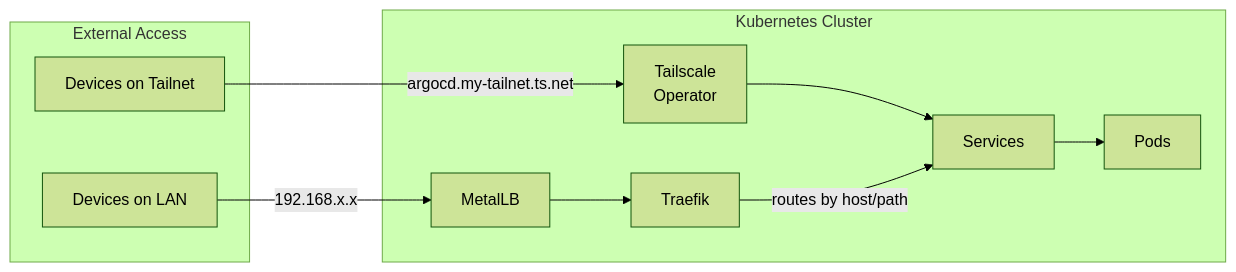
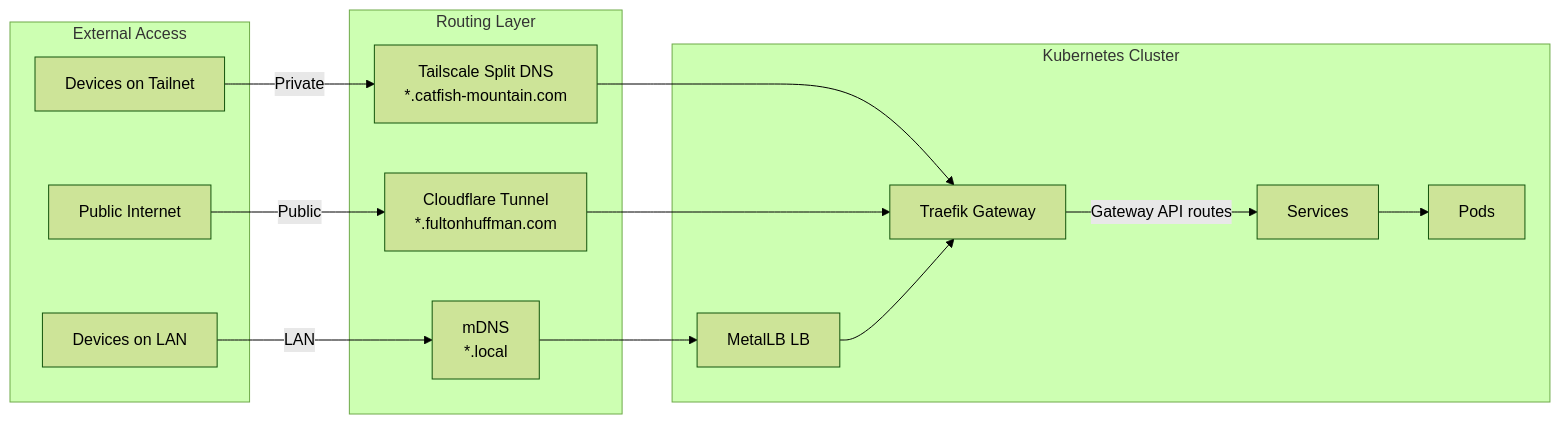
One commit to bafulton/homelab changed the first of 2 diagrams in kubernetes/infra/README.md. Above: the diagram before and after it, drawn with Mermaid (forest theme). The commit also changed other lines of this file and 12 other files, not shown here.

First line of the commit message:
Docs: move to Gateway API, domains & certs

````diff
--- a/kubernetes/infra/README.md
+++ b/kubernetes/infra/README.md
@@ -32,22 +32,33 @@
 ```mermaid
 flowchart LR
     subgraph external[External Access]
-        laptop[Devices on Tailnet]
+        tailnet[Devices on Tailnet]
+        internet[Public Internet]
         lan[Devices on LAN]
     end
 
+    subgraph routing[Routing Layer]
+        splitdns[Tailscale Split DNS<br/>*.catfish-mountain.com]
+        cloudflare[Cloudflare Tunnel<br/>*.fultonhuffman.com]
+        mdns[mDNS<br/>*.local]
+    end
+
     subgraph k8s[Kubernetes Cluster]
-        ts[Tailscale<br/>Operator]
-        metallb[MetalLB]
-        traefik[Traefik]
+        gateway[Traefik Gateway]
+        metallb[MetalLB LB]
         svc[Services]
         pods[Pods]
     end
 
-    laptop -->|argocd.my-tailnet.ts.net| ts
-    lan -->|192.168.x.x| metallb
-    metallb --> traefik
-    ts --> svc
-    traefik -->|routes by host/path| svc
+    tailnet -->|Private| splitdns
+    internet -->|Public| cloudflare
+    lan -->|LAN| mdns
+
+    splitdns --> gateway
+    cloudflare --> gateway
+    mdns --> metallb
+
+    metallb --> gateway
+    gateway -->|Gateway API routes| svc
     svc --> pods
 ```
````
